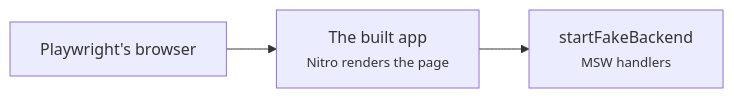
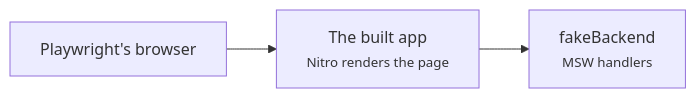
One commit to mboisnard/drinkit changed the diagram in docs/content/en/1.engineering/5.writing-code/2.testing/5.frontend-tests.md. Above: the diagram before and after it, drawn with Mermaid. The commit also changed other lines of this file and 10 other files, not shown here.

````diff
--- a/docs/content/en/1.engineering/5.writing-code/2.testing/5.frontend-tests.md
+++ b/docs/content/en/1.engineering/5.writing-code/2.testing/5.frontend-tests.md
@@ -69,5 +69,5 @@
 ```mermaid
 flowchart LR
   browser[Playwright's browser] --> server["The built app<br/><small>Nitro renders the page</small>"]
-  server --> fake["startFakeBackend<br/><small>MSW handlers</small>"]
+  server --> fake["fakeBackend<br/><small>MSW handlers</small>"]
 ```
````
